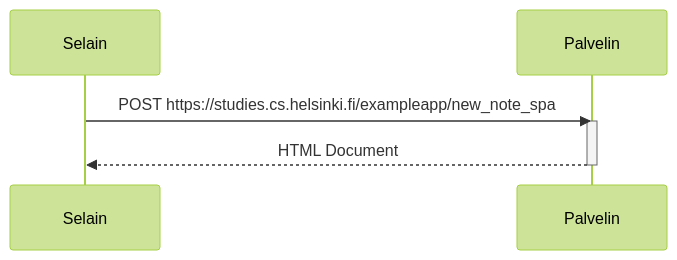
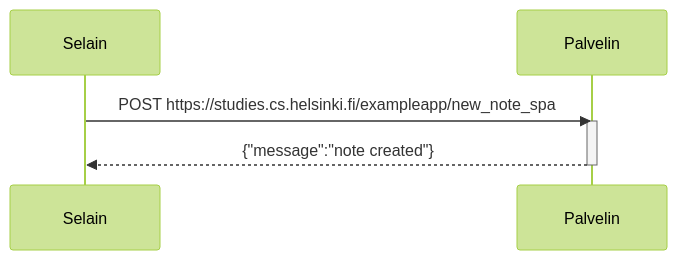
The diagram in Osa0/6.md (TeekkariTeemu/fullstack), drawn with Mermaid (forest theme) before and after one commit.

````diff
--- a/Osa0/6.md
+++ b/Osa0/6.md
@@ -1,9 +1,9 @@
 ```mermaid
 sequenceDiagram
     participant Selain
     participant Palvelin
     Selain->>Palvelin: POST https://studies.cs.helsinki.fi/exampleapp/new_note_spa
     activate Palvelin
-    Palvelin-->>Selain: HTML Document
+    Palvelin-->>Selain: {"message":"note created"}
     deactivate Palvelin
 ```
````
